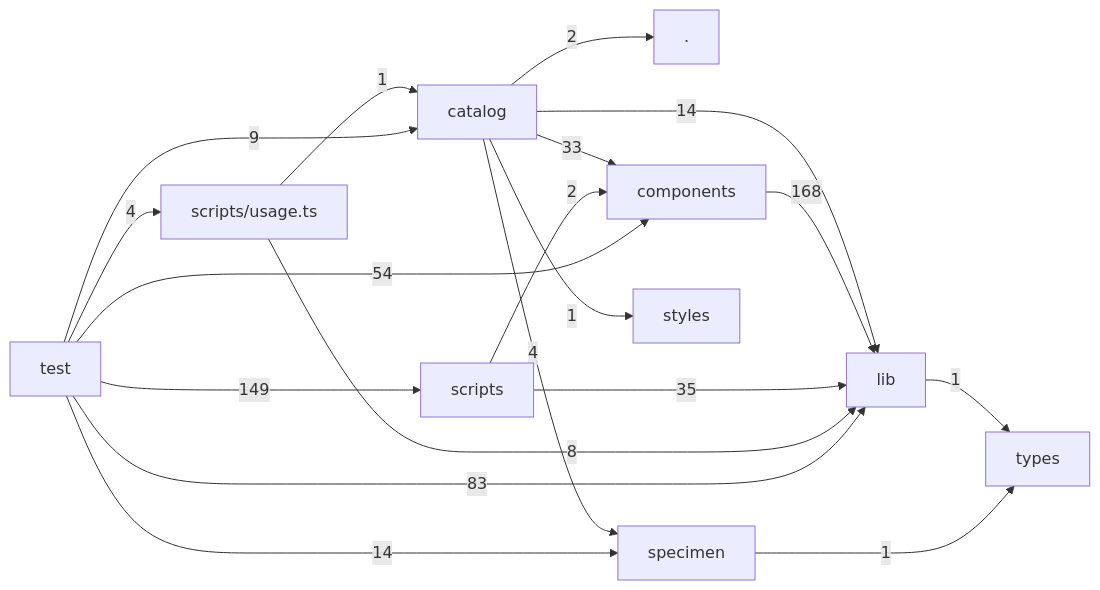
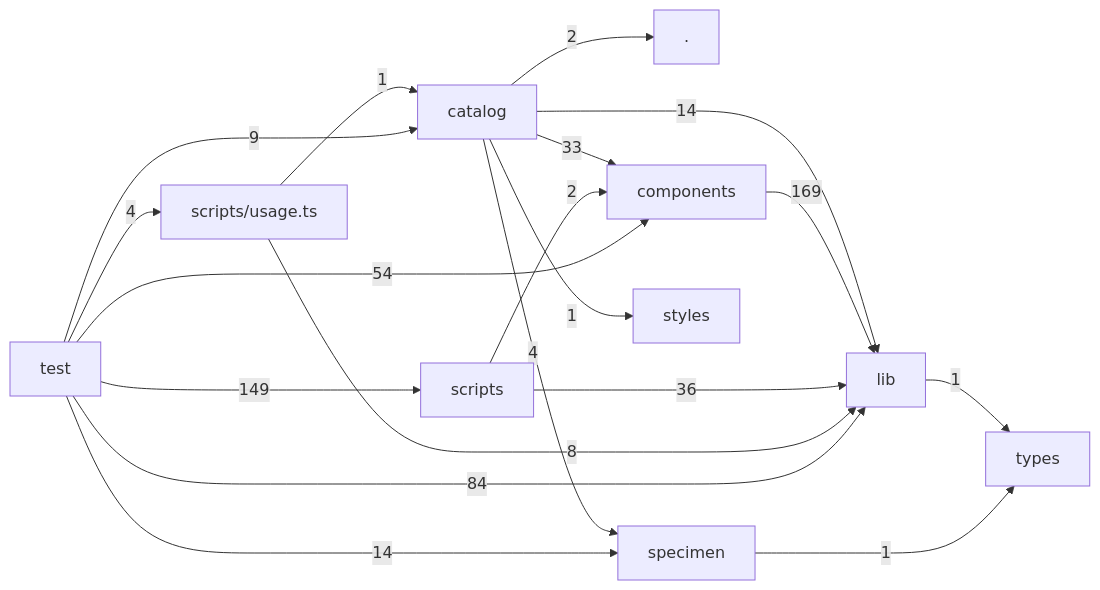
One commit to hackersandwizards/slides changed the diagram in docs/architecture/layers.md. Above: the diagram before and after it, drawn with Mermaid. The commit also changed 58 other files, not shown here.

````diff
--- a/docs/architecture/layers.md
+++ b/docs/architecture/layers.md
@@ -3,31 +3,31 @@
 ```mermaid
 graph LR
   L0["."]
   L1["catalog"]
   L2["components"]
   L3["lib"]
   L4["scripts"]
   L5["scripts/usage.ts"]
   L6["specimen"]
   L7["styles"]
   L8["test"]
   L9["types"]
   L1 -->|2| L0
   L1 -->|33| L2
   L1 -->|14| L3
   L1 -->|4| L6
   L1 -->|1| L7
-  L2 -->|168| L3
+  L2 -->|169| L3
   L3 -->|1| L9
   L4 -->|2| L2
-  L4 -->|35| L3
+  L4 -->|36| L3
   L5 -->|1| L1
   L5 -->|8| L3
   L6 -->|1| L9
   L8 -->|9| L1
   L8 -->|54| L2
-  L8 -->|83| L3
+  L8 -->|84| L3
   L8 -->|149| L4
   L8 -->|4| L5
   L8 -->|14| L6
 ```
````
